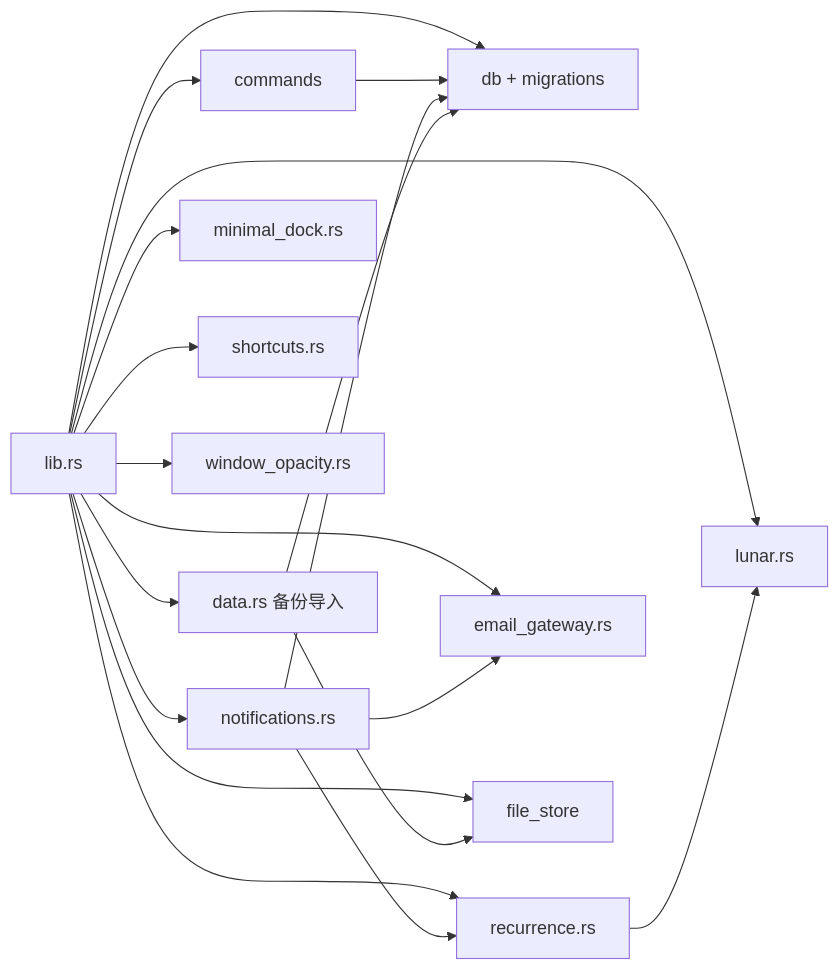
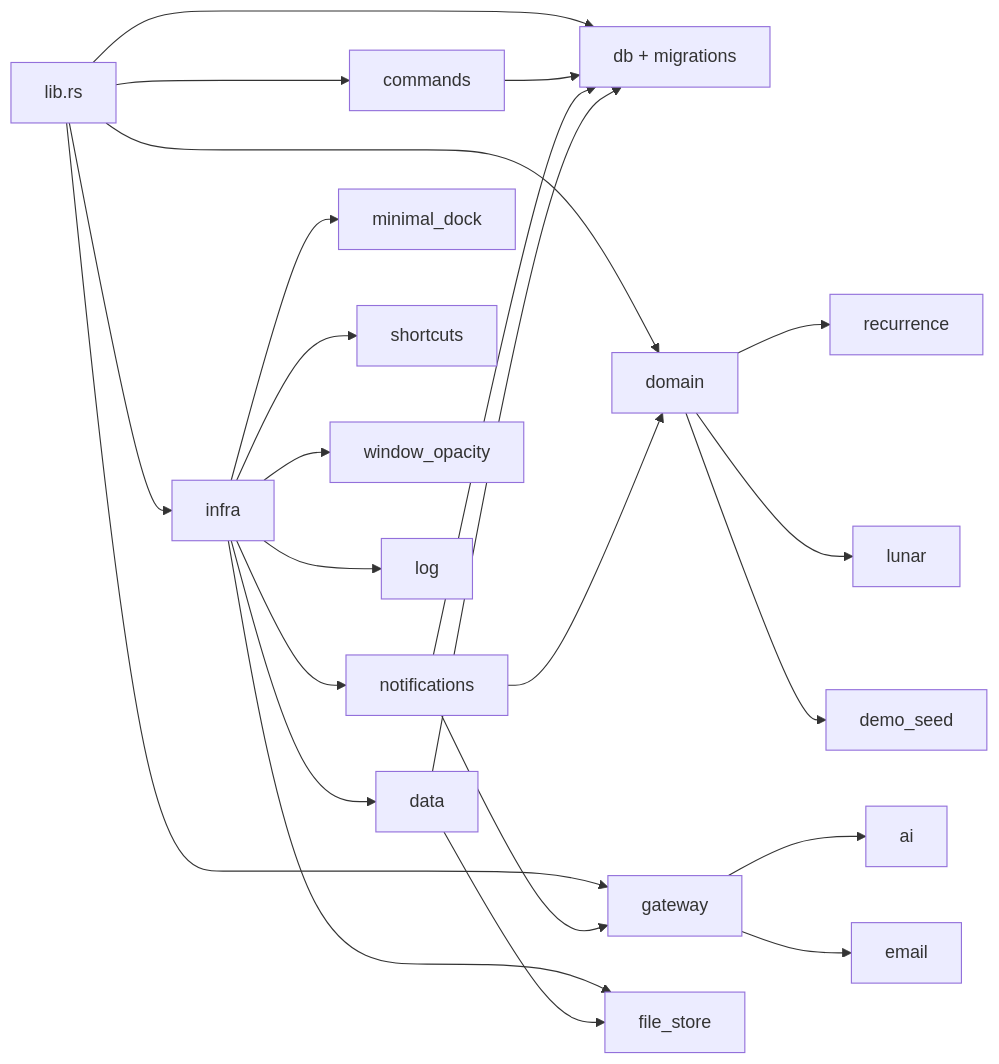
The fourth of 5 diagrams in docs/ARCHITECTURE.md (yuxiaoyong/Todo-List), drawn with Mermaid before and after one commit. The commit also changed other lines of this file and 36 other files, not shown here.

Commit message:
在 0.1.0 基础上新增甘特图主视图与可选 AI 能力

````diff
--- a/docs/ARCHITECTURE.md
+++ b/docs/ARCHITECTURE.md
@@ -134,22 +136,28 @@
 ```mermaid
 flowchart LR
   lib[lib.rs] --> commands[commands]
   lib --> db[db + migrations]
-  lib --> data[data.rs 备份导入]
-  lib --> notif[notifications.rs]
-  lib --> recur[recurrence.rs]
-  lib --> lunar[lunar.rs]
-  lib --> email[email_gateway.rs]
-  lib --> dock[minimal_dock.rs]
-  lib --> sc[shortcuts.rs]
-  lib --> opacity[window_opacity.rs]
-  lib --> files[file_store]
+  lib --> domain[domain]
+  lib --> gateway[gateway]
+  lib --> infra[infra]
+
+  domain --> recur[recurrence]
+  domain --> lunar[lunar]
+  domain --> seed[demo_seed]
+  gateway --> ai[ai]
+  gateway --> email[email]
+  infra --> data[data]
+  infra --> notif[notifications]
+  infra --> dock[minimal_dock]
+  infra --> sc[shortcuts]
+  infra --> opacity[window_opacity]
+  infra --> files[file_store]
+  infra --> log[log]
 
   commands --> db
-  notif --> recur
-  notif --> email
+  notif --> domain
+  notif --> gateway
   notif --> db
-  recur --> lunar
   data --> db
   data --> files
 ```
````
